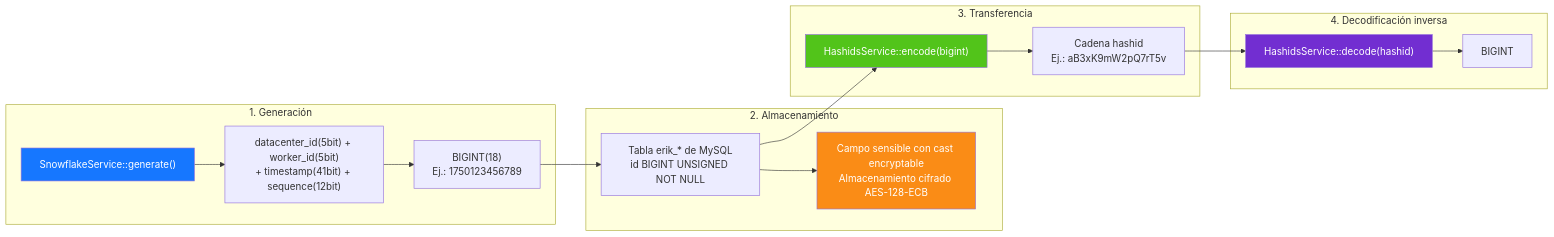
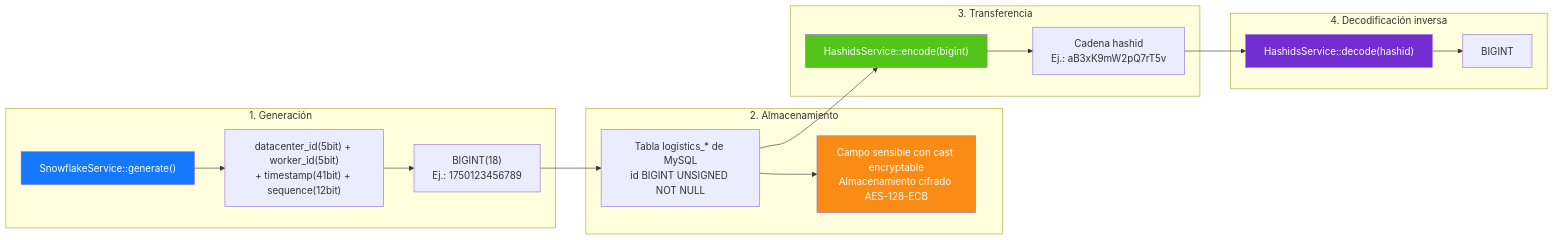
Before and after one commit to erikwang2013/integrated-global-logistics: the diagram in admin/docs/diagrams/06-id-lifecycle.es.md, drawn with Mermaid. The commit also changed 211 other files, not shown here.

````diff
--- a/admin/docs/diagrams/06-id-lifecycle.es.md
+++ b/admin/docs/diagrams/06-id-lifecycle.es.md
@@ -7,32 +7,32 @@
 ```mermaid
 flowchart LR
     subgraph gen["1. Generación"]
         g1["SnowflakeService::generate()"]
         g2["datacenter_id(5bit) + worker_id(5bit)<br/>+ timestamp(41bit) + sequence(12bit)"]
         g3["BIGINT(18)<br/>Ej.: 1750123456789"]
         g1 --> g2 --> g3
     end
 
     subgraph store["2. Almacenamiento"]
-        s1["Tabla erik_* de MySQL<br/>id BIGINT UNSIGNED NOT NULL"]
+        s1["Tabla logistics_* de MySQL<br/>id BIGINT UNSIGNED NOT NULL"]
         s2["Campo sensible con cast encryptable<br/>Almacenamiento cifrado AES-128-ECB"]
         g3 --> s1 --> s2
     end
 
     subgraph transfer["3. Transferencia"]
         t1["HashidsService::encode(bigint)"]
         t2["Cadena hashid<br/>Ej.: aB3xK9mW2pQ7rT5v"]
         s1 --> t1 --> t2
     end
 
     subgraph reverse["4. Decodificación inversa"]
         r1["HashidsService::decode(hashid)"]
         r2["BIGINT"]
         t2 --> r1 --> r2
     end
 
     style g1 fill:#1677FF,color:#fff
     style s2 fill:#FA8C16,color:#fff
     style t1 fill:#52C41A,color:#fff
     style r1 fill:#722ED1,color:#fff
 ```
````
